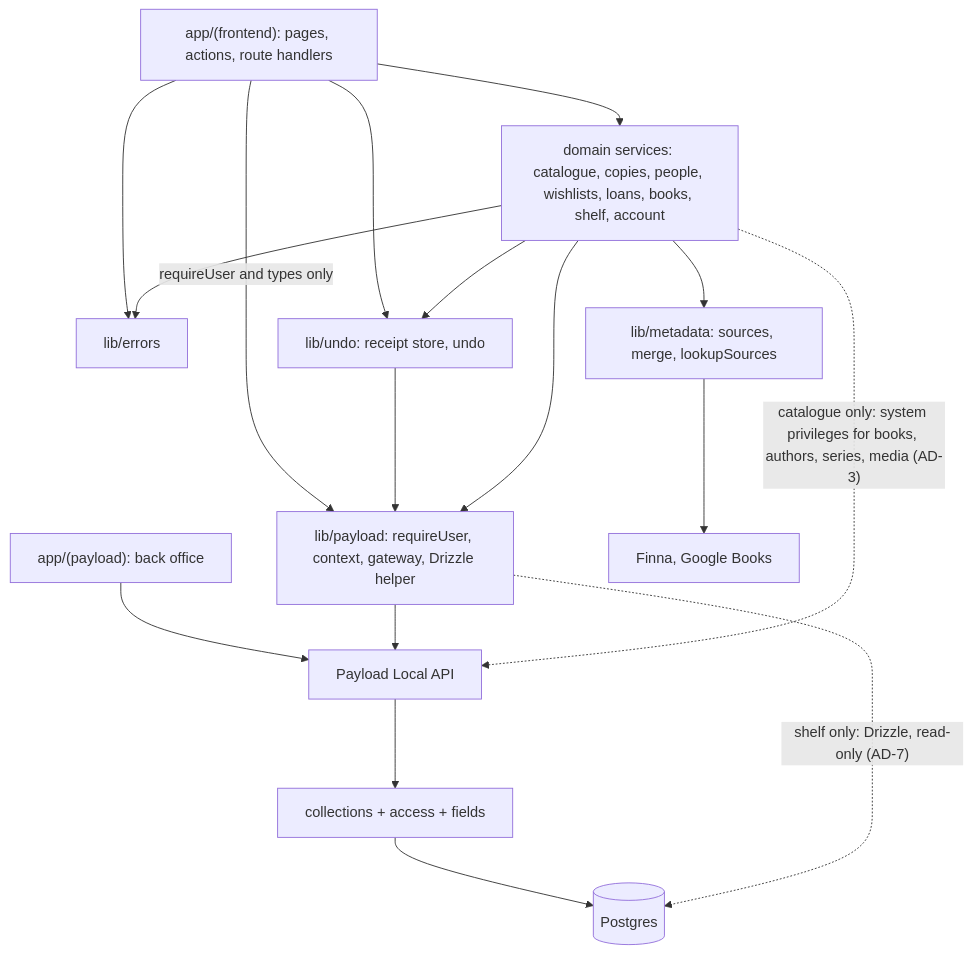
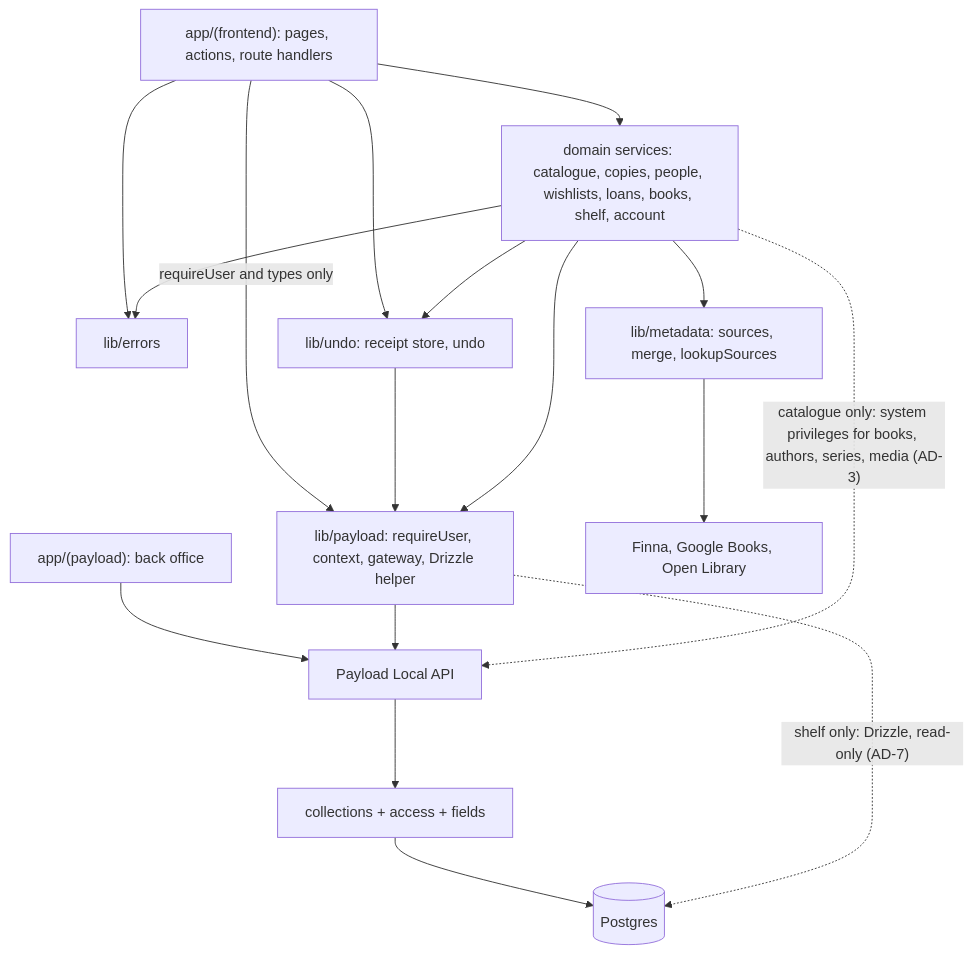
Before and after one commit to mikahimself/bookeh: the first of 3 diagrams in _bmad-output/planning-artifacts/architecture/architecture-bookeh-2026-10-03/ARCHITECTURE-SPINE.md, drawn with Mermaid. The commit also changed other lines of this file and 51 other files, not shown here.

First line of the commit message:
feat(metadata): story 8.12, Open Library source

````diff
--- a/_bmad-output/planning-artifacts/architecture/architecture-bookeh-2026-10-03/ARCHITECTURE-SPINE.md
+++ b/_bmad-output/planning-artifacts/architecture/architecture-bookeh-2026-10-03/ARCHITECTURE-SPINE.md
@@ -36,19 +36,19 @@
 ```mermaid
 flowchart TD
   FE["app/(frontend): pages, actions, route handlers"] --> SVC["domain services: catalogue, copies, people, wishlists, loans, books, shelf, account"]
   FE -- "requireUser and types only" --> GW["lib/payload: requireUser, context, gateway, Drizzle helper"]
   FE --> ERR["lib/errors"]
   FE --> UNDO["lib/undo: receipt store, undo"]
   SVC --> UNDO
   UNDO --> GW
   BO["app/(payload): back office"] --> PL["Payload Local API"]
   SVC --> GW
   SVC --> ERR
   SVC --> META["lib/metadata: sources, merge, lookupSources"]
   GW --> PL
   SVC -. "catalogue only: system privileges for books, authors, series, media (AD-3)" .-> PL
   PL --> COL["collections + access + fields"]
   COL --> PG[("Postgres")]
   GW -. "shelf only: Drizzle, read-only (AD-7)" .-> PG
-  META --> EXT["Finna, Google Books"]
+  META --> EXT["Finna, Google Books, Open Library"]
 ```
````
